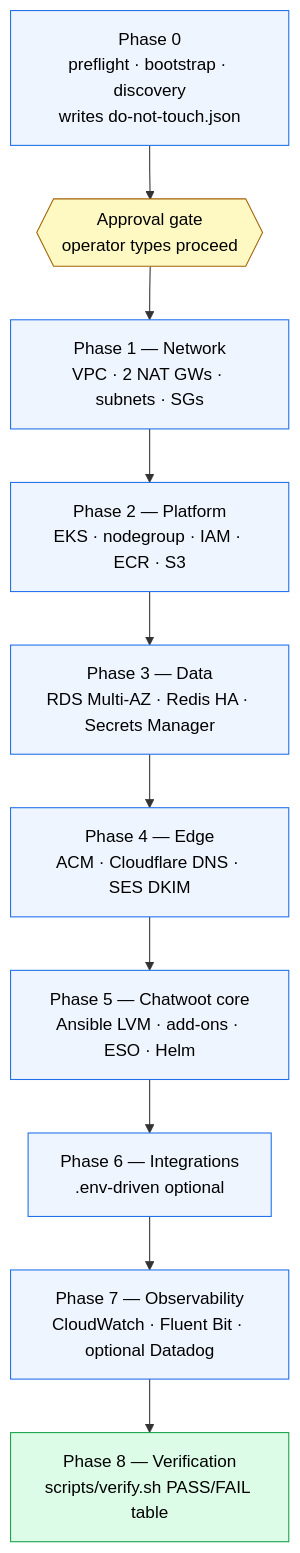
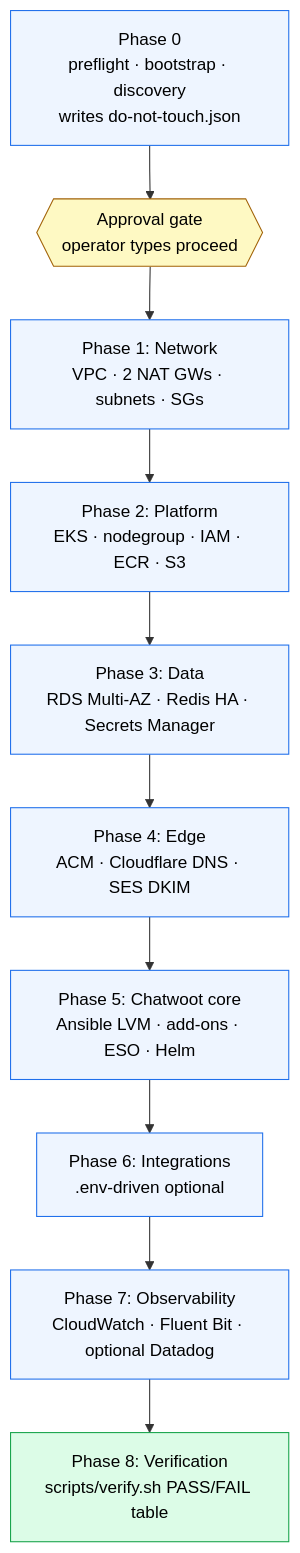
The sixth of 9 diagrams in README.md (shirasakaren/infra-chatwoot), drawn with Mermaid before and after one commit. The commit also changed other lines of this file, not shown here.

````diff
--- a/README.md
+++ b/README.md
@@ -341,19 +331,19 @@
 ```mermaid
 flowchart TD
     P0[Phase 0<br/>preflight · bootstrap · discovery<br/>writes do-not-touch.json]:::p
     GATE0{{Approval gate<br/>operator types proceed}}:::gate
-    P1[Phase 1 — Network<br/>VPC · 2 NAT GWs · subnets · SGs]:::p
-    P2[Phase 2 — Platform<br/>EKS · nodegroup · IAM · ECR · S3]:::p
-    P3[Phase 3 — Data<br/>RDS Multi-AZ · Redis HA · Secrets Manager]:::p
-    P4[Phase 4 — Edge<br/>ACM · Cloudflare DNS · SES DKIM]:::p
-    P5[Phase 5 — Chatwoot core<br/>Ansible LVM · add-ons · ESO · Helm]:::p
-    P6[Phase 6 — Integrations<br/>.env-driven optional]:::p
-    P7[Phase 7 — Observability<br/>CloudWatch · Fluent Bit · optional Datadog]:::p
-    P8[Phase 8 — Verification<br/>scripts/verify.sh PASS/FAIL table]:::done
+    P1[Phase 1: Network<br/>VPC · 2 NAT GWs · subnets · SGs]:::p
+    P2[Phase 2: Platform<br/>EKS · nodegroup · IAM · ECR · S3]:::p
+    P3[Phase 3: Data<br/>RDS Multi-AZ · Redis HA · Secrets Manager]:::p
+    P4[Phase 4: Edge<br/>ACM · Cloudflare DNS · SES DKIM]:::p
+    P5[Phase 5: Chatwoot core<br/>Ansible LVM · add-ons · ESO · Helm]:::p
+    P6[Phase 6: Integrations<br/>.env-driven optional]:::p
+    P7[Phase 7: Observability<br/>CloudWatch · Fluent Bit · optional Datadog]:::p
+    P8[Phase 8: Verification<br/>scripts/verify.sh PASS/FAIL table]:::done
 
     P0 --> GATE0 --> P1 --> P2 --> P3 --> P4 --> P5 --> P6 --> P7 --> P8
 
     classDef p fill:#eef5ff,stroke:#1f6feb,color:#000
     classDef gate fill:#fef9c3,stroke:#a16207,color:#000
     classDef done fill:#dcfce7,stroke:#16a34a,color:#000
 ```
````
